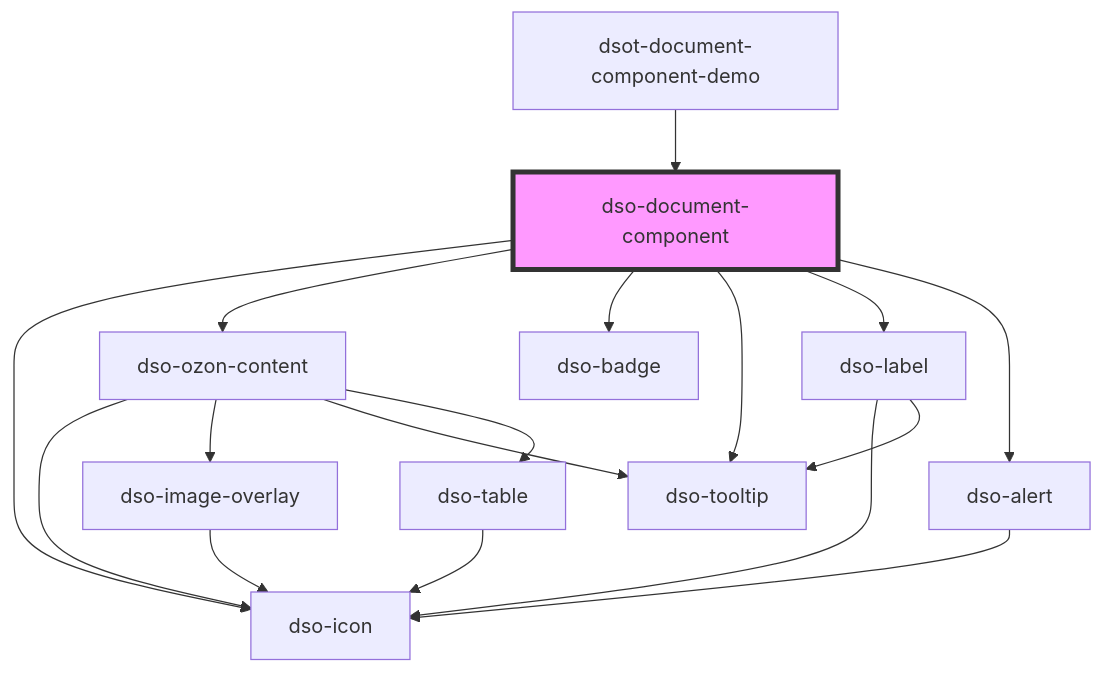
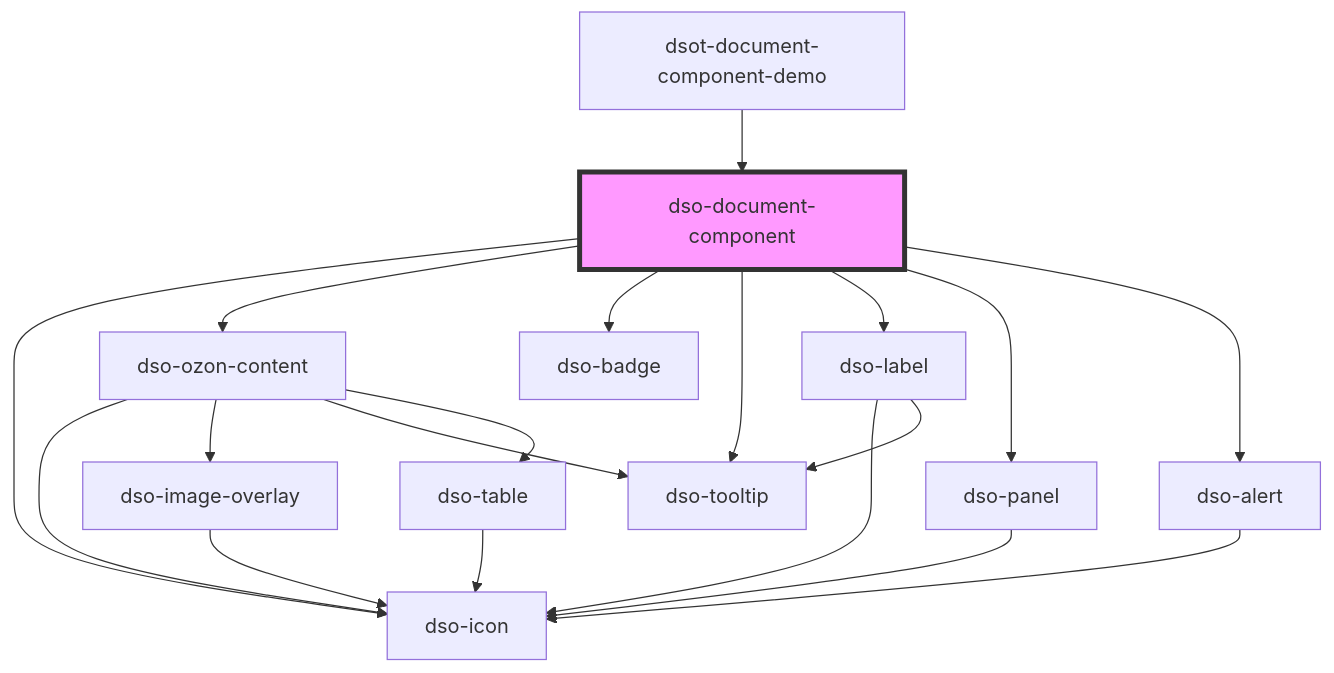
Before and after one commit to dso-toolkit/dso-toolkit: the diagram in packages/core/src/components/document-component/readme.md, drawn with Mermaid. The commit also changed other lines of this file and 5 other files, not shown here.

Commit message:
#2765 dso-panel in document-component ipv slotted

````diff
--- a/packages/core/src/components/document-component/readme.md
+++ b/packages/core/src/components/document-component/readme.md
@@ -70,20 +71,22 @@
 ```mermaid
 graph TD;
   dso-document-component --> dso-icon
   dso-document-component --> dso-ozon-content
   dso-document-component --> dso-badge
   dso-document-component --> dso-tooltip
   dso-document-component --> dso-label
+  dso-document-component --> dso-panel
   dso-document-component --> dso-alert
   dso-ozon-content --> dso-icon
   dso-ozon-content --> dso-image-overlay
   dso-ozon-content --> dso-tooltip
   dso-ozon-content --> dso-table
   dso-image-overlay --> dso-icon
   dso-table --> dso-icon
   dso-label --> dso-icon
   dso-label --> dso-tooltip
+  dso-panel --> dso-icon
   dso-alert --> dso-icon
   dsot-document-component-demo --> dso-document-component
   style dso-document-component fill:#f9f,stroke:#333,stroke-width:4px
 ```
````
